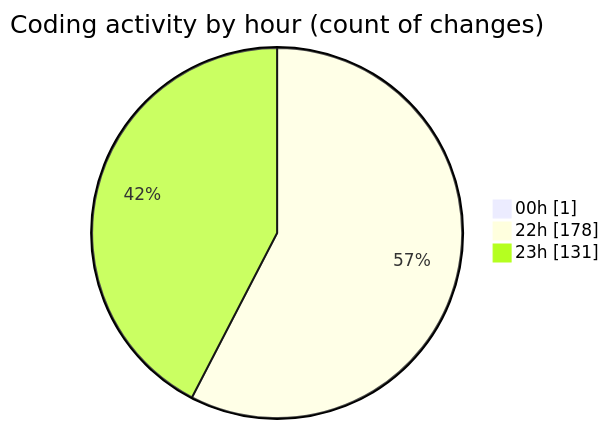
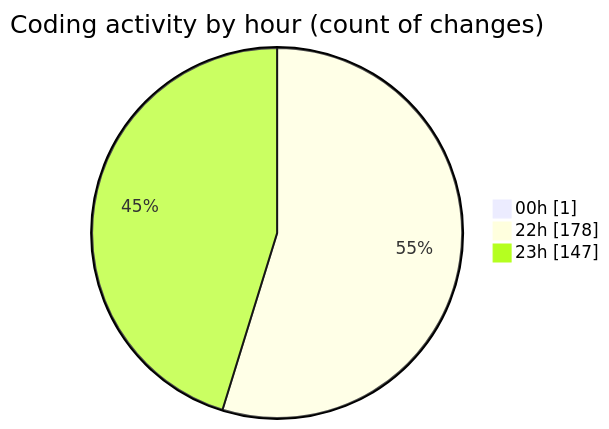
The second of 2 diagrams in 2025-08-04/javascript/README.md (Ritupan-Deka/code-tracking), drawn with Mermaid before and after one commit. The commit also changed other lines of this file and 1 other file, not shown here.

````diff
--- a/2025-08-04/javascript/README.md
+++ b/2025-08-04/javascript/README.md
@@ -32,7 +32,7 @@
 ```mermaid
 pie showData
 title Coding activity by hour (count of changes)
 "00h" : 1
 "22h" : 178
-"23h" : 131
+"23h" : 147
 ```
````
